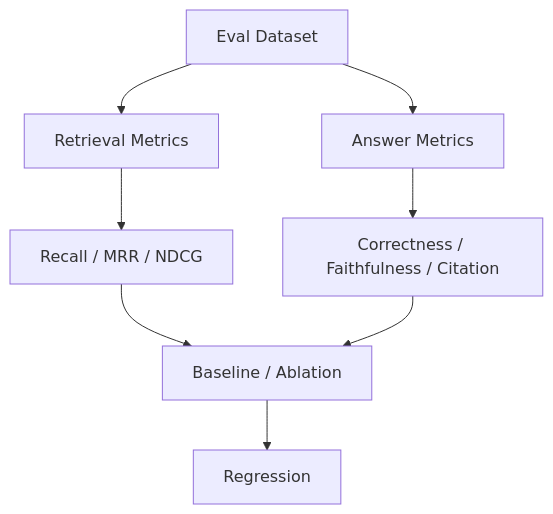
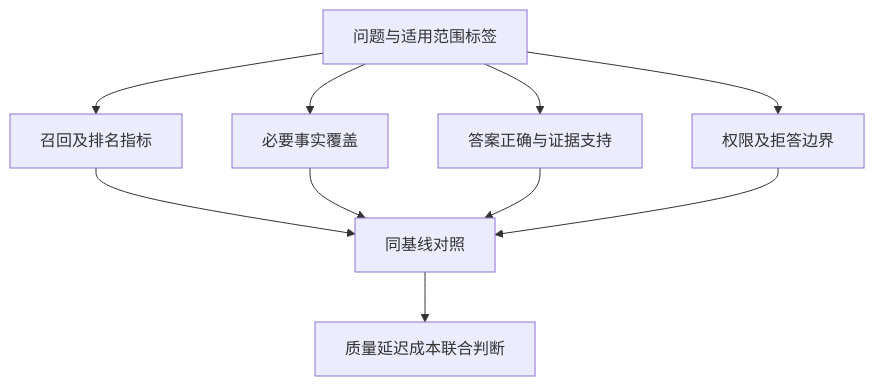
The fifth of 6 diagrams in curriculum/08-rag/review/README.md (studyzhige-ui/ai-application-interview-handbook), drawn with Mermaid before and after one commit. The commit also changed other lines of this file and 25 other files, not shown here.

````diff
--- a/curriculum/08-rag/review/README.md
+++ b/curriculum/08-rag/review/README.md
@@ -89,10 +105,12 @@
 ```mermaid
 flowchart TD
-    A["Eval Dataset"] --> B["Retrieval Metrics"]
-    A --> C["Answer Metrics"]
-    B --> D["Recall / MRR / NDCG"]
-    C --> E["Correctness / Faithfulness / Citation"]
-    D --> F["Baseline / Ablation"]
-    E --> F
-    F --> G["Regression"]
+    D[问题与适用范围标签] --> R[召回及排名指标]
+    D --> E[必要事实覆盖]
+    D --> A[答案正确与证据支持]
+    D --> S[权限及拒答边界]
+    R --> C[同基线对照]
+    E --> C
+    A --> C
+    S --> C
+    C --> P[质量延迟成本联合判断]
 ```
````
